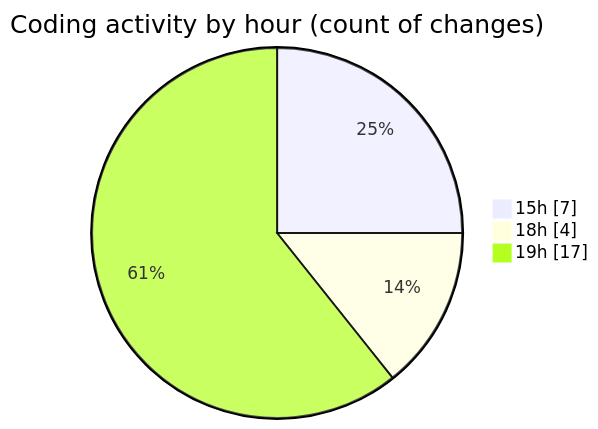
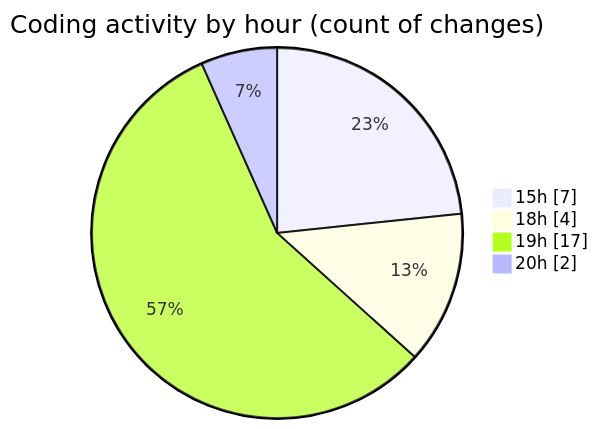
Before and after one commit to donsfak/code-tracking: the second of 2 diagrams in 2025-02-08/maps_clone/README.md, drawn with Mermaid. The commit also changed other lines of this file and 1 other file, not shown here.

````diff
--- a/2025-02-08/maps_clone/README.md
+++ b/2025-02-08/maps_clone/README.md
@@ -32,7 +32,8 @@
 ```mermaid
 pie showData
 title Coding activity by hour (count of changes)
 "15h" : 7
 "18h" : 4
 "19h" : 17
+"20h" : 2
 ```
````
